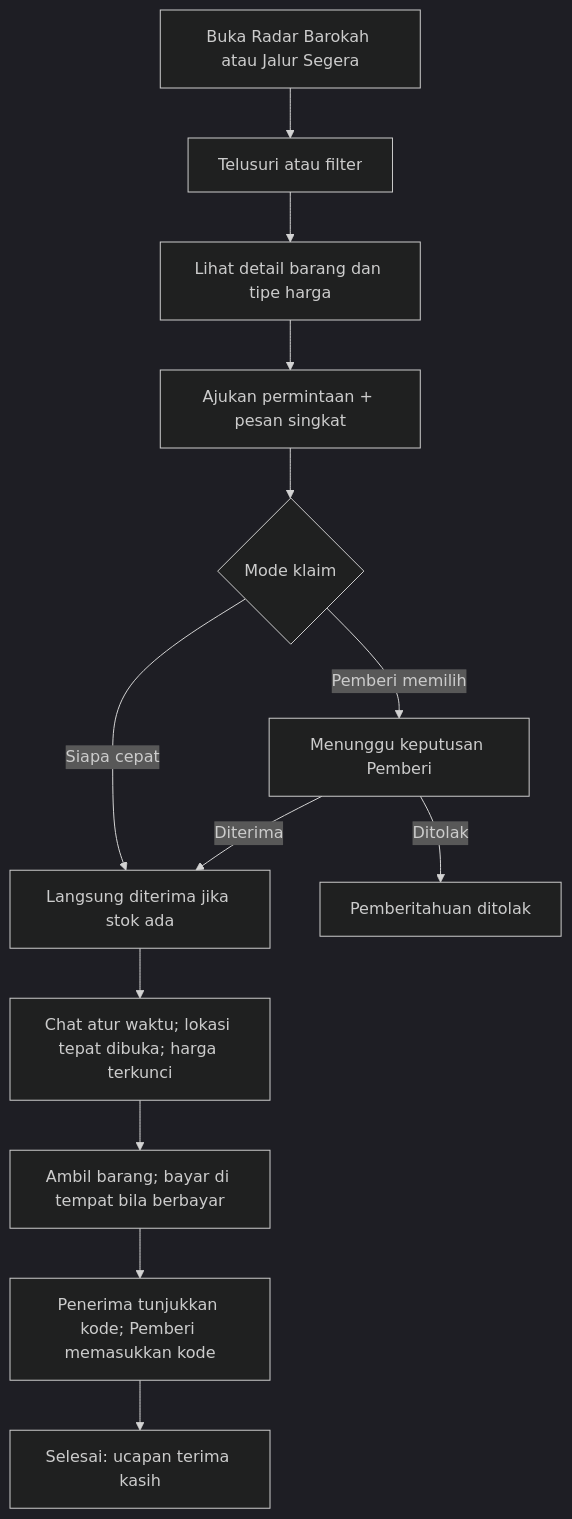
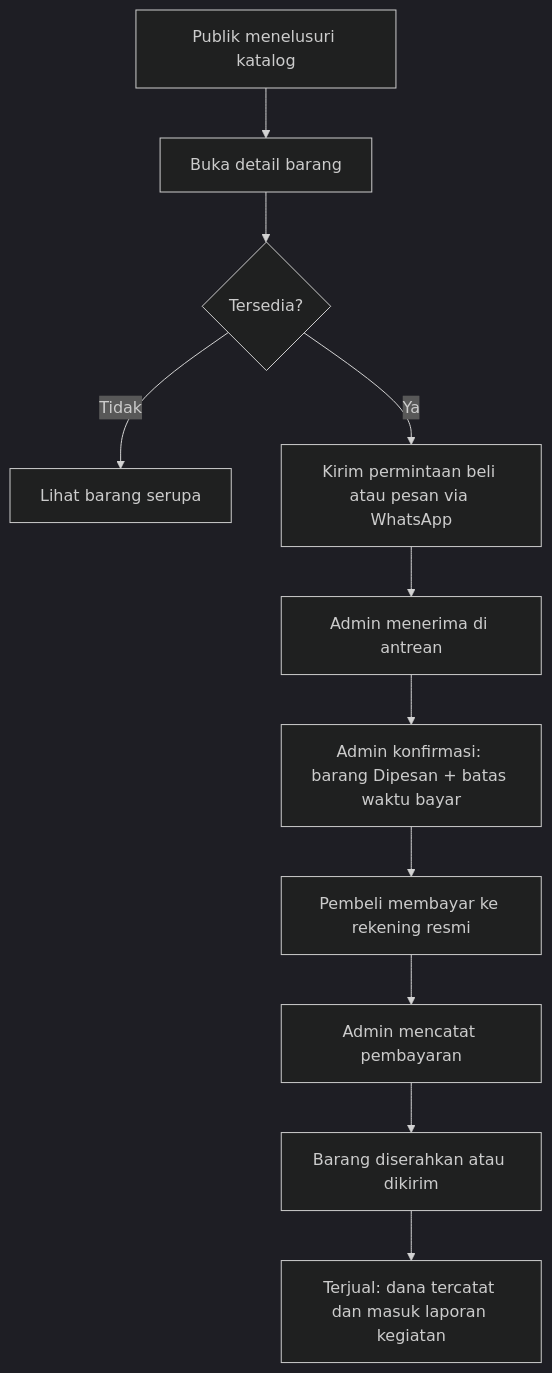
One commit to muhamadnaufan37/barokahin-fe changed the third of 6 diagrams in docs/prd.md. Above: the diagram before and after it, drawn with Mermaid (dark theme). The commit also changed other lines of this file and 43 other files, not shown here.

````diff
--- a/docs/prd.md
+++ b/docs/prd.md
@@ -240,15 +235,13 @@
 ```mermaid
 flowchart TD
-    A[Buka Radar Barokah atau Jalur Segera] --> B[Telusuri atau filter]
-    B --> C[Lihat detail barang dan tipe harga]
-    C --> D[Ajukan permintaan + pesan singkat]
-    D --> E{Mode klaim}
-    E -- Siapa cepat --> F[Langsung diterima jika stok ada]
-    E -- Pemberi memilih --> G[Menunggu keputusan Pemberi]
-    G -- Diterima --> F
-    G -- Ditolak --> Z[Pemberitahuan ditolak]
-    F --> H[Chat atur waktu; lokasi tepat dibuka; harga terkunci]
-    H --> I[Ambil barang; bayar di tempat bila berbayar]
-    I --> J[Penerima tunjukkan kode; Pemberi memasukkan kode]
-    J --> K[Selesai: ucapan terima kasih]
+    A["Publik menelusuri katalog"] --> B["Buka detail barang"]
+    B --> C{"Tersedia?"}
+    C -- Tidak --> X["Lihat barang serupa"]
+    C -- Ya --> D["Kirim permintaan beli atau pesan via WhatsApp"]
+    D --> E["Admin menerima di antrean"]
+    E --> F["Admin konfirmasi: barang Dipesan + batas waktu bayar"]
+    F --> G["Pembeli membayar ke rekening resmi"]
+    G --> H["Admin mencatat pembayaran"]
+    H --> I["Barang diserahkan atau dikirim"]
+    I --> J["Terjual: dana tercatat dan masuk laporan kegiatan"]
 ```
````
